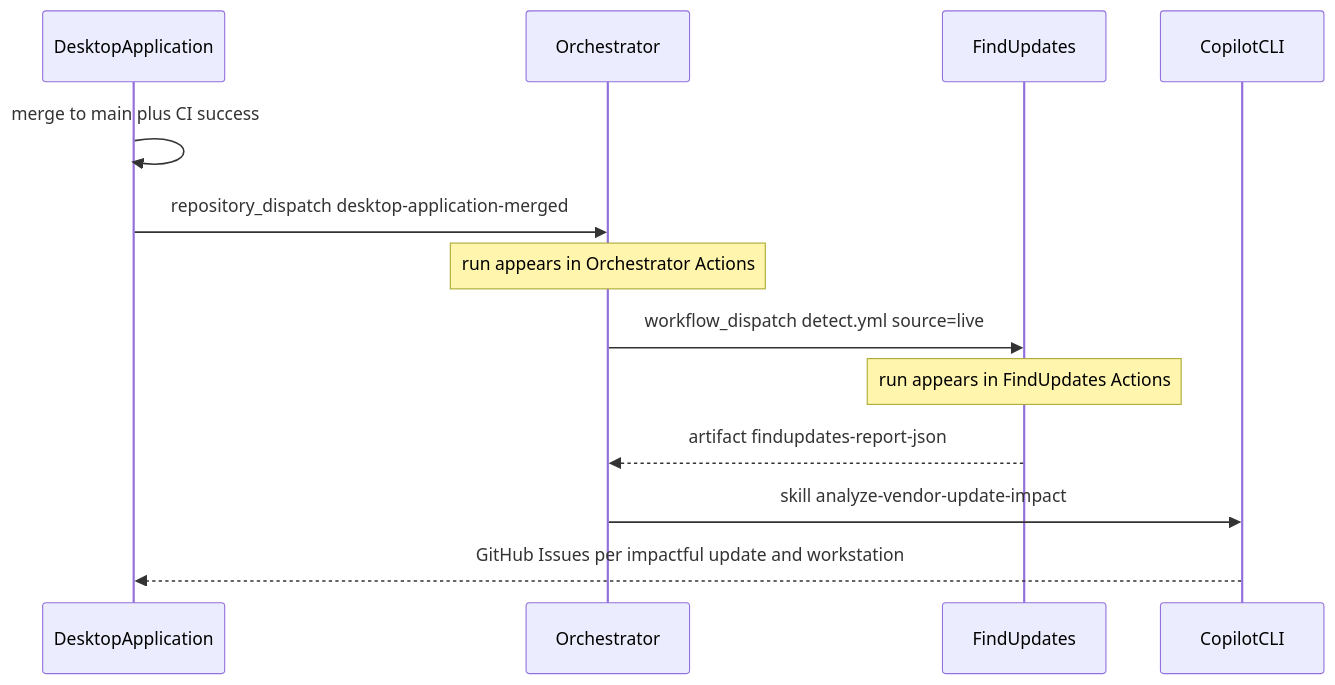
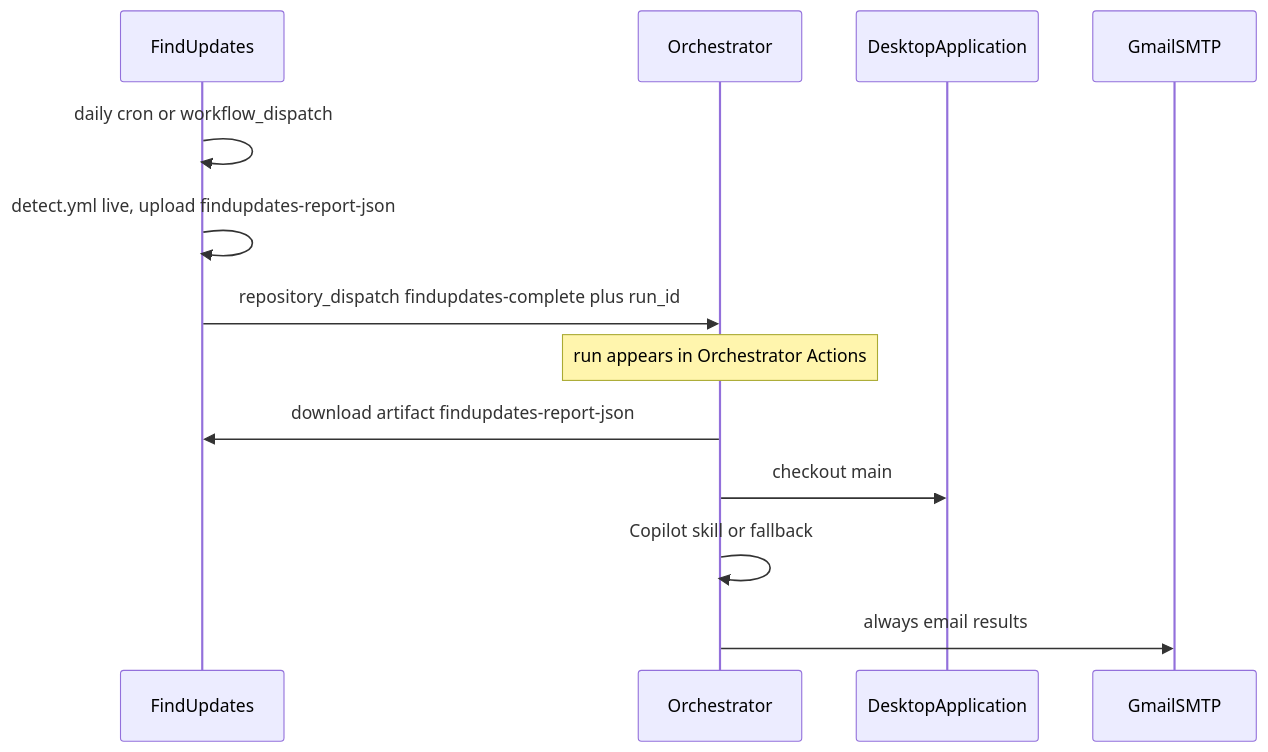
The diagram in README.md (defrances/Orchestrator), drawn with Mermaid before and after one commit. The commit also changed other lines of this file and 8 other files, not shown here.

Commit message:
Consume FindUpdates report JSON, skip GitHub Issues, and always email results.

````diff
--- a/README.md
+++ b/README.md
@@ -15,15 +15,15 @@
 ```mermaid
 sequenceDiagram
+  participant FU as FindUpdates
+  participant Orch as Orchestrator
   participant DA as DesktopApplication
-  participant Orch as Orchestrator
-  participant FU as FindUpdates
-  participant Copilot as CopilotCLI
-  DA->>DA: merge to main plus CI success
-  DA->>Orch: repository_dispatch desktop-application-merged
+  participant Mail as GmailSMTP
+  FU->>FU: daily cron or workflow_dispatch
+  FU->>FU: detect.yml live, upload findupdates-report-json
+  FU->>Orch: repository_dispatch findupdates-complete plus run_id
   Note over Orch: run appears in Orchestrator Actions
-  Orch->>FU: workflow_dispatch detect.yml source=live
-  Note over FU: run appears in FindUpdates Actions
-  FU-->>Orch: artifact findupdates-report-json
-  Orch->>Copilot: skill analyze-vendor-update-impact
-  Copilot-->>DA: GitHub Issues per impactful update and workstation
+  Orch->>FU: download artifact findupdates-report-json
+  Orch->>DA: checkout main
+  Orch->>Orch: Copilot skill or fallback
+  Orch->>Mail: always email results
 ```
````
